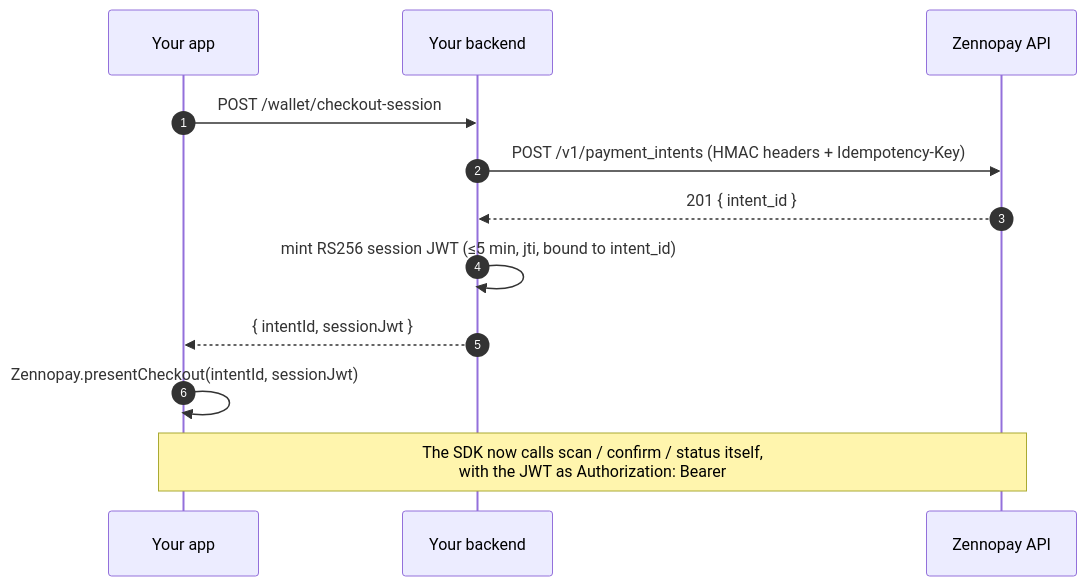
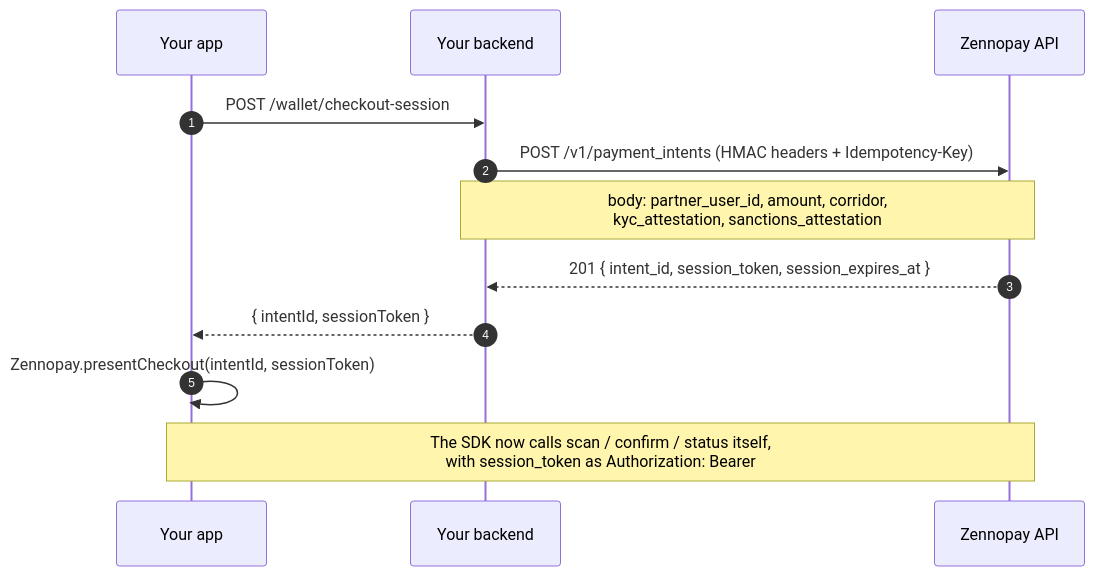
One commit to Zennopay/zennopay-docs changed the diagram in payments/session-endpoint.mdx. Above: the diagram before and after it, drawn with Mermaid. The commit also changed other lines of this file and 25 other files, not shown here.

First line of the commit message:
docs: rewrite public docs to Model B (HMAC-only) integration flow (#2)

````diff
--- a/payments/session-endpoint.mdx
+++ b/payments/session-endpoint.mdx
@@ -15,15 +15,15 @@
 ```mermaid
 sequenceDiagram
     autonumber
     participant App as Your app
     participant BE as Your backend
     participant ZP as Zennopay API
 
     App->>BE: POST /wallet/checkout-session
     BE->>ZP: POST /v1/payment_intents (HMAC headers + Idempotency-Key)
-    ZP-->>BE: 201 { intent_id }
-    BE->>BE: mint RS256 session JWT (≤5 min, jti, bound to intent_id)
-    BE-->>App: { intentId, sessionJwt }
-    App->>App: Zennopay.presentCheckout(intentId, sessionJwt)
-    Note over App,ZP: The SDK now calls scan / confirm / status itself,<br/>with the JWT as Authorization: Bearer
+    Note over BE,ZP: body: partner_user_id, amount, corridor,<br/>kyc_attestation, sanctions_attestation
+    ZP-->>BE: 201 { intent_id, session_token, session_expires_at }
+    BE-->>App: { intentId, sessionToken }
+    App->>App: Zennopay.presentCheckout(intentId, sessionToken)
+    Note over App,ZP: The SDK now calls scan / confirm / status itself,<br/>with session_token as Authorization: Bearer
 ```
````
